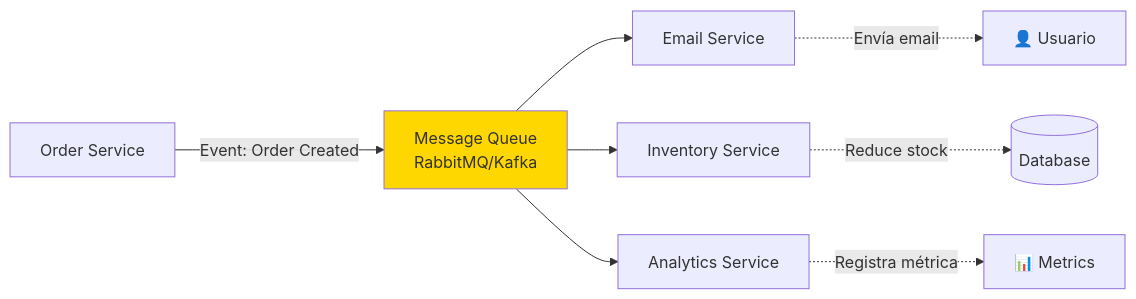
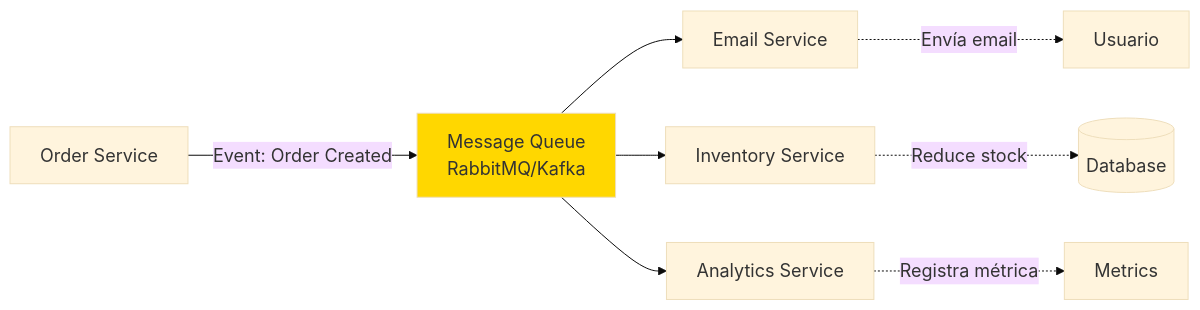
Before and after one commit to Ai-Whisperers/Courses-Content: the eighth of 10 diagrams in courses/🟡-development/FPUNA-2026/01-DESARROLLO-SOFTWARE/01-arquitectura-software.md, drawn with Mermaid. The commit also changed other lines of this file and 47 other files, not shown here.

First line of the commit message:
fix: Make all 473 diagrams WCAG AAA accessible (FPUNA-2026)

````diff
--- a/courses/🟡-development/FPUNA-2026/01-DESARROLLO-SOFTWARE/01-arquitectura-software.md
+++ b/courses/🟡-development/FPUNA-2026/01-DESARROLLO-SOFTWARE/01-arquitectura-software.md
@@ -338,13 +345,14 @@
 ```mermaid
+%%{init: {'theme':'base', 'themeVariables': {'fontSize':'18px'}}}%%
 graph LR
     A[Order Service] -->|Event: Order Created| B[Message Queue<br/>RabbitMQ/Kafka]
     B --> C[Email Service]
     B --> D[Inventory Service]
     B --> E[Analytics Service]
     
-    C -.Envía email.-> U[👤 Usuario]
+    C -.Envía email.-> U[Usuario]
     D -.Reduce stock.-> DB[(Database)]
-    E -.Registra métrica.-> M[📊 Metrics]
+    E -.Registra métrica.-> M[Metrics]
     
     style B fill:#FFD700
 ```
````
